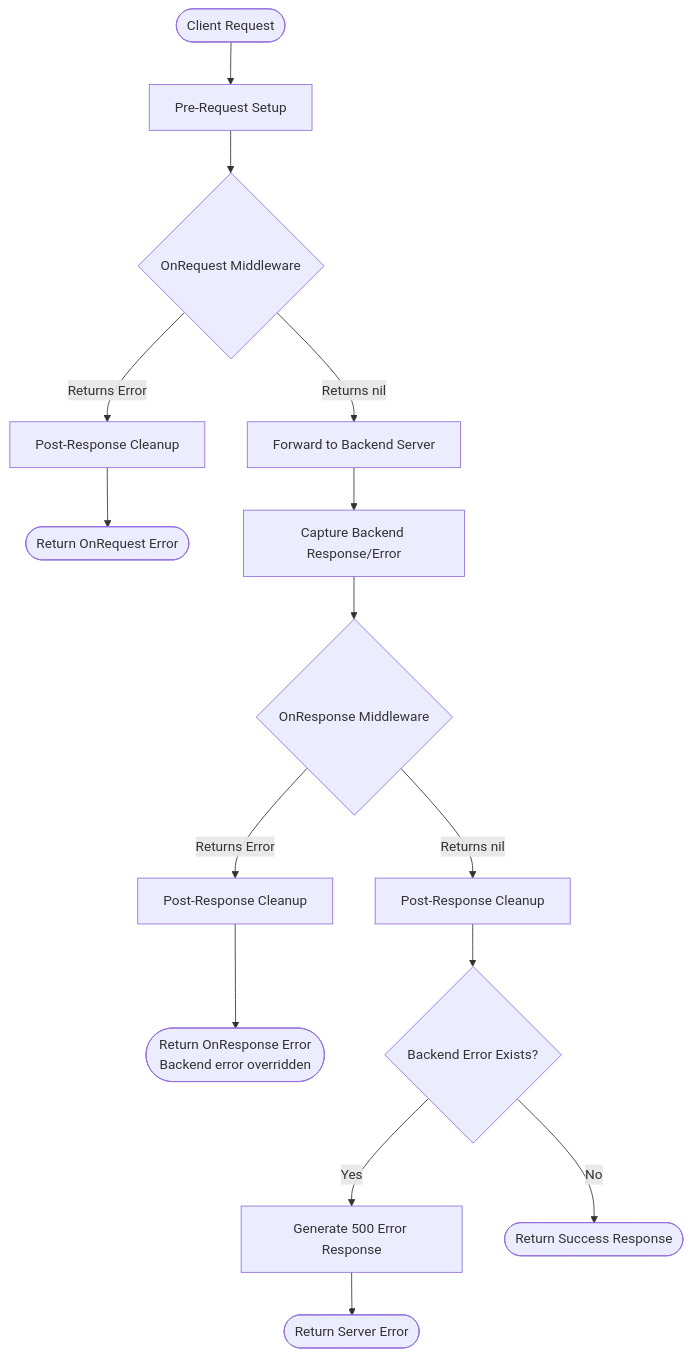
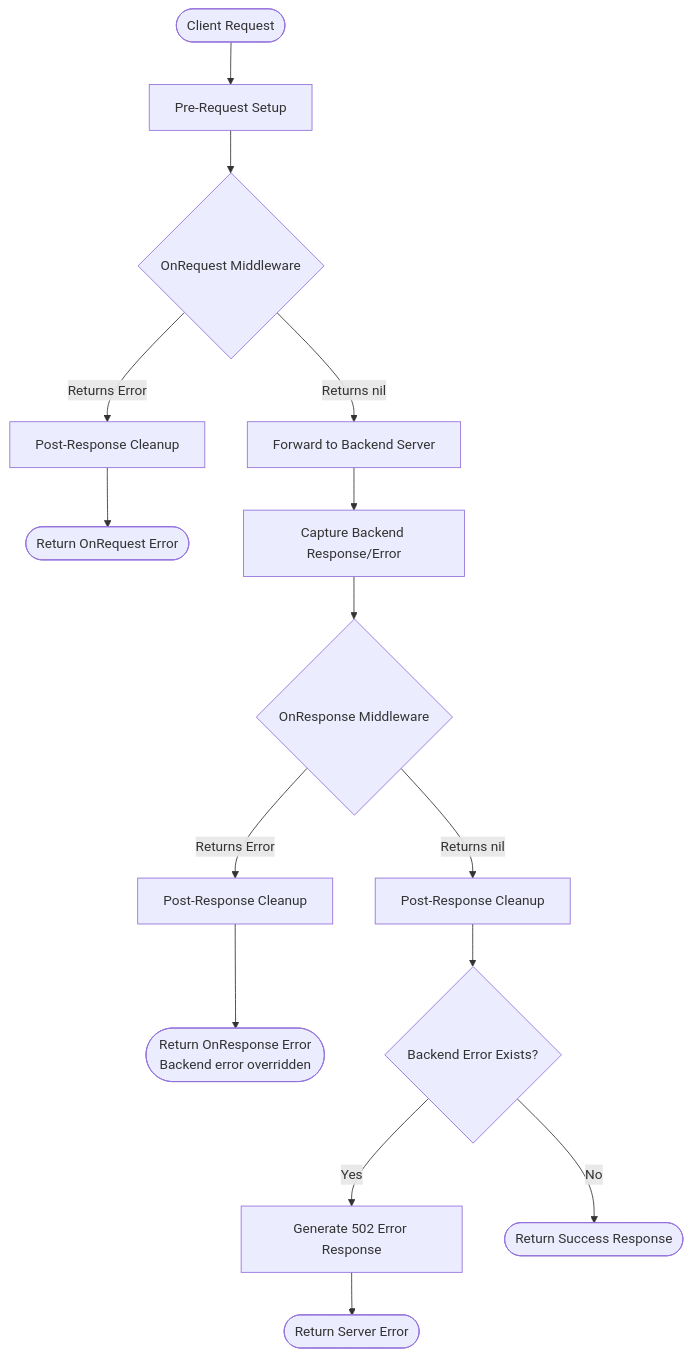
The diagram in README.md (aaydin-tr/divisor), drawn with Mermaid before and after one commit. The commit also changed other lines of this file and 6 other files, not shown here.

````diff
--- a/README.md
+++ b/README.md
@@ -321,24 +321,24 @@
 ```mermaid
 flowchart TD
     Start([Client Request]) --> PreReq[Pre-Request Setup]
     PreReq --> OnReq{OnRequest Middleware}
     
     OnReq -->|Returns Error| PostRes1[Post-Response Cleanup]
     PostRes1 --> ReturnErr([Return OnRequest Error])
     
     OnReq -->|Returns nil| Proxy[Forward to Backend Server]
     
     Proxy --> CaptureErr[Capture Backend Response/Error]
     CaptureErr --> OnRes{OnResponse Middleware}
     
     OnRes -->|Returns Error| PostRes2[Post-Response Cleanup]
     PostRes2 --> ReturnMwErr([Return OnResponse Error<br/>Backend error overridden])
     
     OnRes -->|Returns nil| PostRes3[Post-Response Cleanup]
     PostRes3 --> CheckBackendErr{Backend Error Exists?}
     
-    CheckBackendErr -->|Yes| GenerateErr[Generate 500 Error Response]
+    CheckBackendErr -->|Yes| GenerateErr[Generate 502 Error Response]
     GenerateErr --> ReturnServerErr([Return Server Error])
     
     CheckBackendErr -->|No| ReturnOK([Return Success Response])
 ```
````
